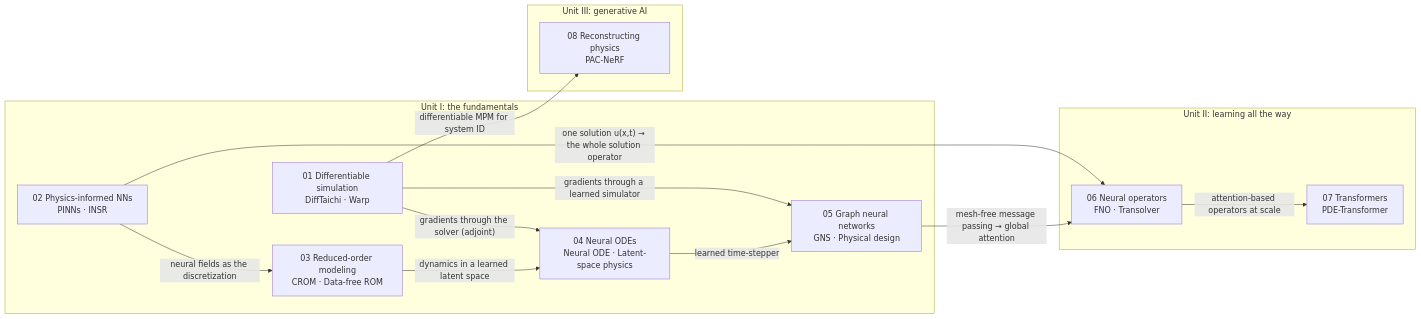
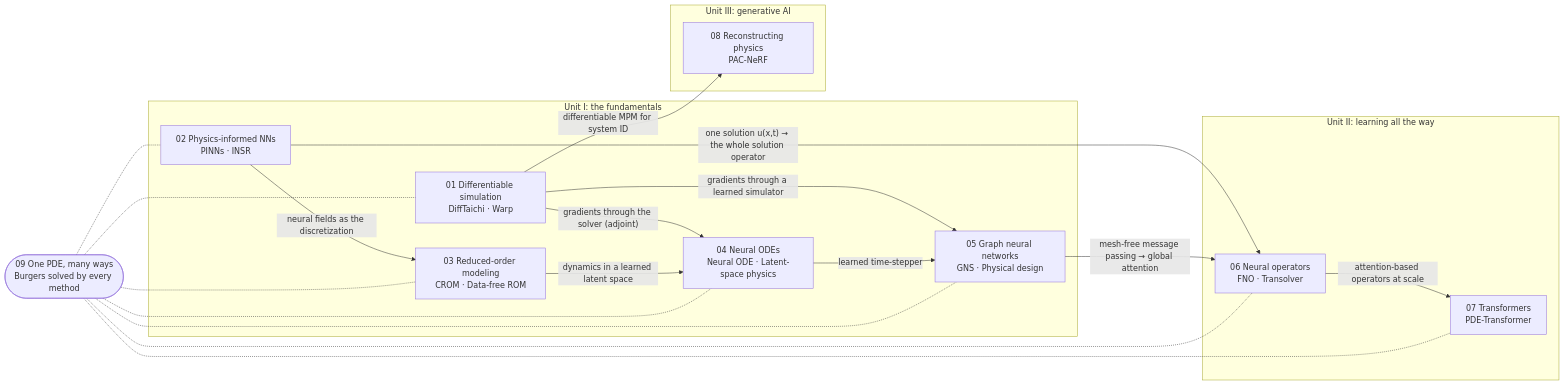
Before and after one commit to HamedHeli/ai-physics: the diagram in README.md, drawn with Mermaid. The commit also changed other lines of this file and 20 other files, not shown here.

First line of the commit message:
Add 09-one-pde-many-ways: viscous Burgers solved with every course method

````diff
--- a/README.md
+++ b/README.md
@@ -13,36 +13,39 @@
 ```mermaid
 flowchart LR
     subgraph U1["Unit I: the fundamentals"]
         DS["01 Differentiable simulation<br/>DiffTaichi · Warp"]
         PINN["02 Physics-informed NNs<br/>PINNs · INSR"]
         ROM["03 Reduced-order modeling<br/>CROM · Data-free ROM"]
         ODE["04 Neural ODEs<br/>Neural ODE · Latent-space physics"]
         GNN["05 Graph neural networks<br/>GNS · Physical design"]
     end
     subgraph U2["Unit II: learning all the way"]
         NO["06 Neural operators<br/>FNO · Transolver"]
         TF["07 Transformers<br/>PDE-Transformer"]
     end
     subgraph U3["Unit III: generative AI"]
         REC["08 Reconstructing physics<br/>PAC-NeRF"]
     end
+    ALL(["09 One PDE, many ways<br/>Burgers solved by every method"])
 
     DS -- "gradients through the solver (adjoint)" --> ODE
     DS -- "gradients through a learned simulator" --> GNN
     DS -- "differentiable MPM for system ID" --> REC
     PINN -- "neural fields as the discretization" --> ROM
     ROM -- "dynamics in a learned latent space" --> ODE
     ODE -- "learned time-stepper" --> GNN
     PINN -- "one solution u(x,t) → the whole solution operator" --> NO
     GNN -- "mesh-free message passing → global attention" --> NO
     NO -- "attention-based operators at scale" --> TF
+    ALL -.- DS & PINN & ROM & ODE & GNN & NO & TF
 
     click DS "01-differentiable-simulation/" "Differentiable simulation"
     click PINN "02-physics-informed-neural-networks/" "Physics-informed neural networks"
     click ROM "03-reduced-order-modeling/" "Reduced-order modeling"
     click ODE "04-neural-odes/" "Neural ODEs"
     click GNN "05-graph-neural-networks/" "Graph neural networks"
     click NO "06-neural-operators/" "Neural operators"
     click TF "07-transformers/" "Transformers"
     click REC "08-reconstructing-physics/" "Reconstructing physics"
+    click ALL "09-one-pde-many-ways/" "One PDE, many ways"
 ```
````
